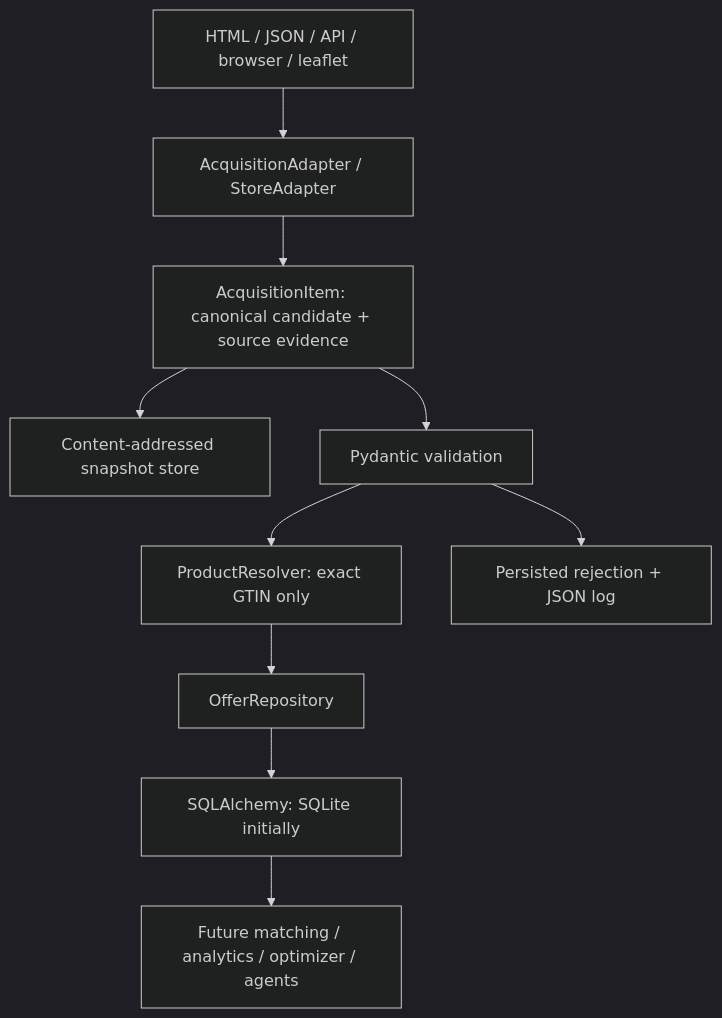
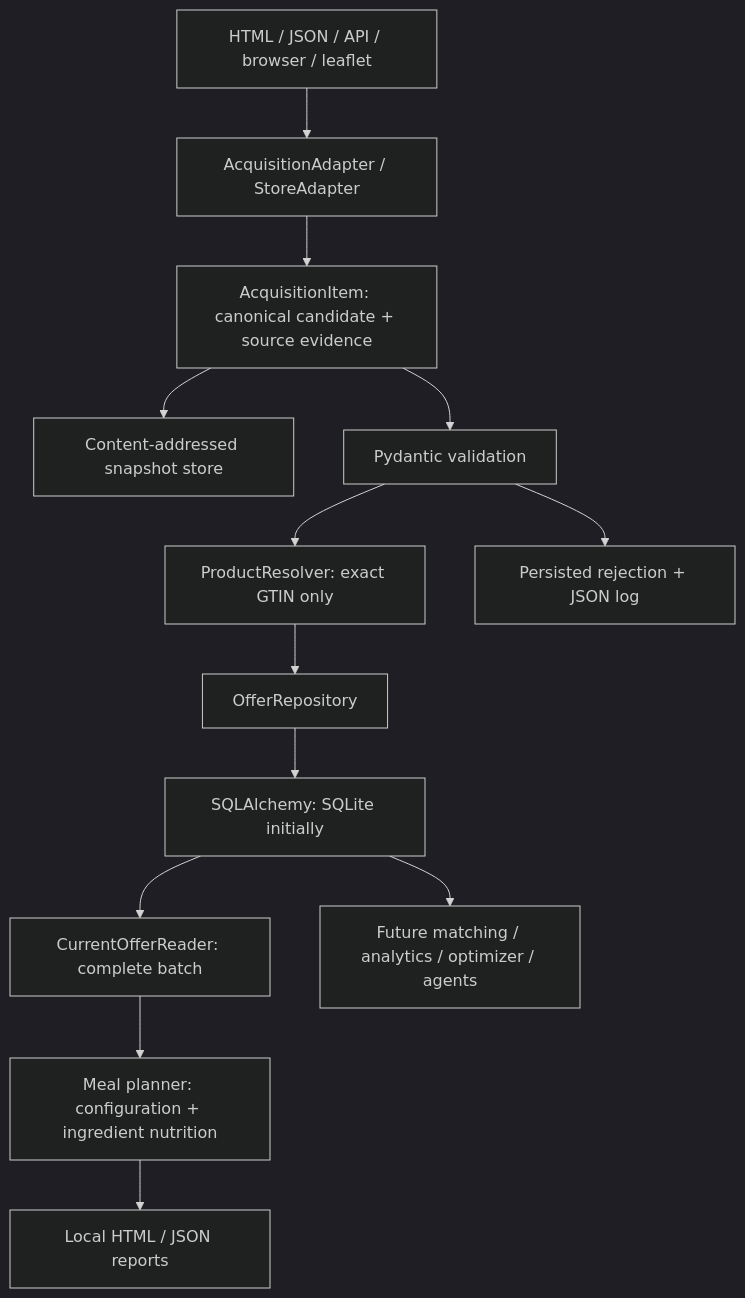
One commit to vaclavkouril/grocery-agent changed the diagram in docs/architecture.md. Above: the diagram before and after it, drawn with Mermaid (dark theme). The commit also changed other lines of this file and 13 other files, not shown here.

Commit message:
feat: generate lactose-free protein meals from current grocery offers

````diff
--- a/docs/architecture.md
+++ b/docs/architecture.md
@@ -3,12 +3,15 @@
 ```mermaid
 flowchart TD
     Source[HTML / JSON / API / browser / leaflet] --> Adapter[AcquisitionAdapter / StoreAdapter]
     Adapter --> Item[AcquisitionItem: canonical candidate + source evidence]
     Item --> Snapshot[Content-addressed snapshot store]
     Item --> Validate[Pydantic validation]
     Validate --> Resolve[ProductResolver: exact GTIN only]
     Resolve --> Repo[OfferRepository]
     Repo --> SQL[SQLAlchemy: SQLite initially]
+    SQL --> Reader[CurrentOfferReader: complete batch]
+    Reader --> Meals[Meal planner: configuration + ingredient nutrition]
+    Meals --> Reports[Local HTML / JSON reports]
     SQL --> Future[Future matching / analytics / optimizer / agents]
     Validate --> Reject[Persisted rejection + JSON log]
 ```
````
